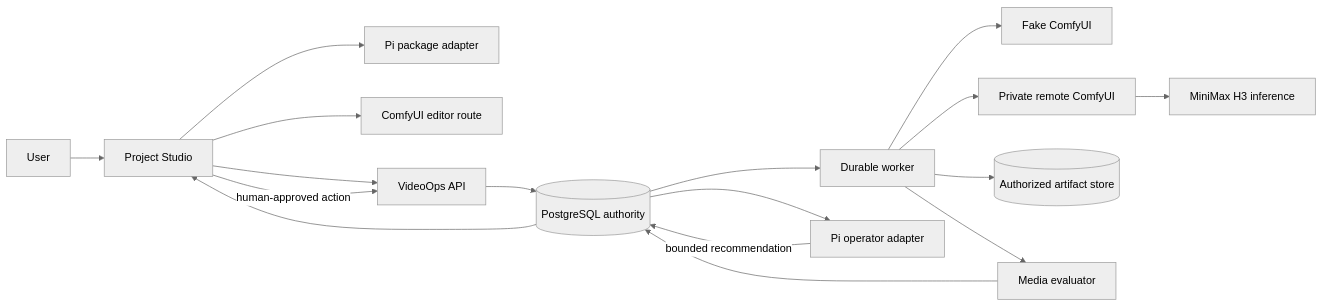
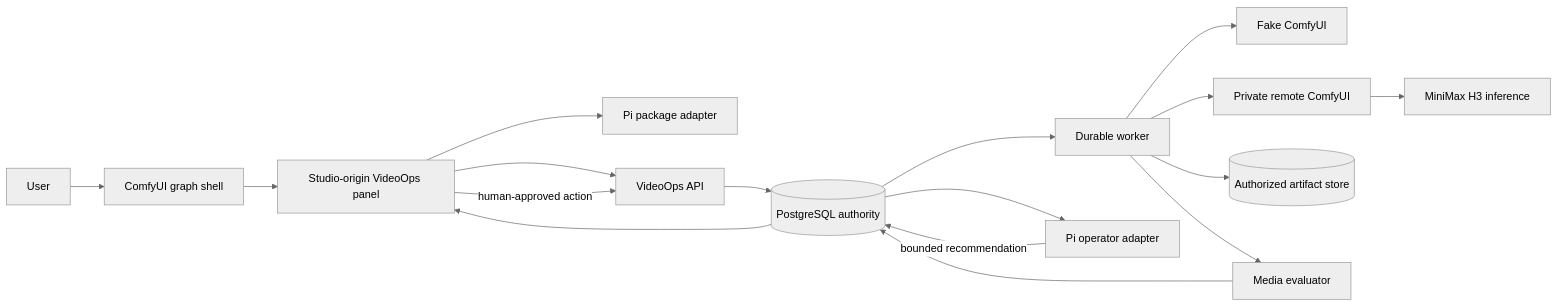
One commit to goAustin/AutoCamera changed the diagram in README.md. Above: the diagram before and after it, drawn with Mermaid (neutral theme). The commit also changed other lines of this file and 56 other files, not shown here.

Commit message:
feat: invert ComfyUI plugin through Studio iframe

````diff
--- a/README.md
+++ b/README.md
@@ -34,19 +54,19 @@
 ```mermaid
 flowchart LR
-  U[User] --> S[Project Studio]
+  U[User] --> C[ComfyUI graph shell]
+  C --> S[Studio-origin VideoOps panel]
   S --> P[Pi package adapter]
-  S --> C[ComfyUI editor route]
   S --> A[VideoOps API]
   A --> D[(PostgreSQL authority)]
   D --> W[Durable worker]
   W --> F[Fake ComfyUI]
   W --> R[Private remote ComfyUI]
   R --> H[MiniMax H3 inference]
   W --> O[(Authorized artifact store)]
   W --> E[Media evaluator]
   E --> D
   D --> S
   D --> OP[Pi operator adapter]
   OP -->|bounded recommendation| D
   S -->|human-approved action| A
 ```
````
